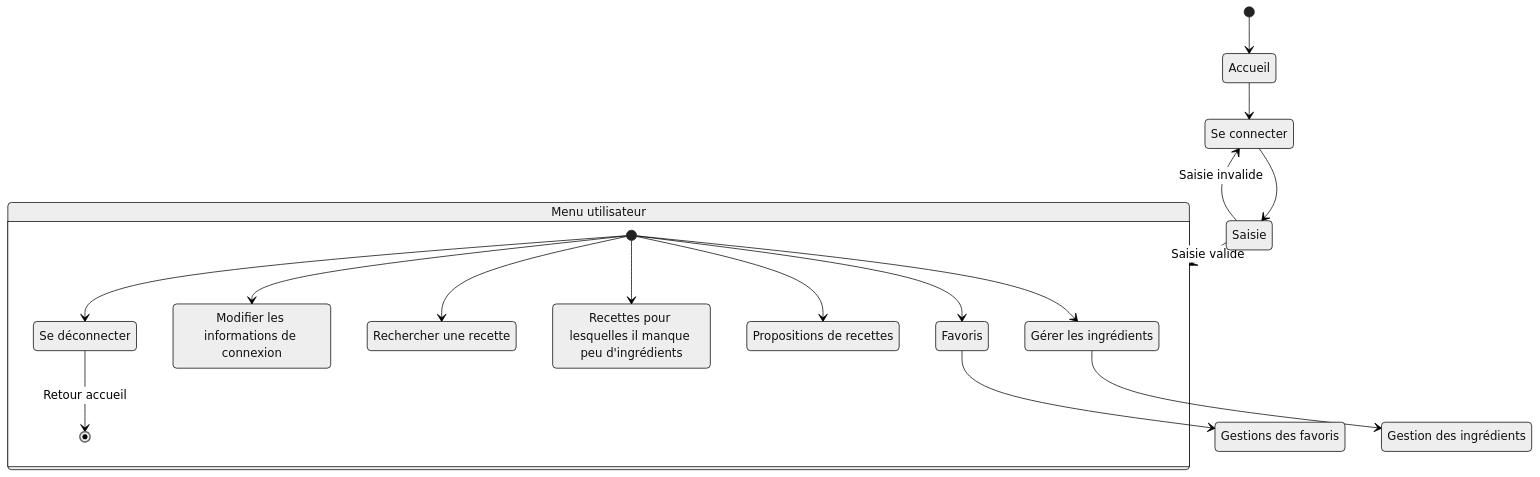
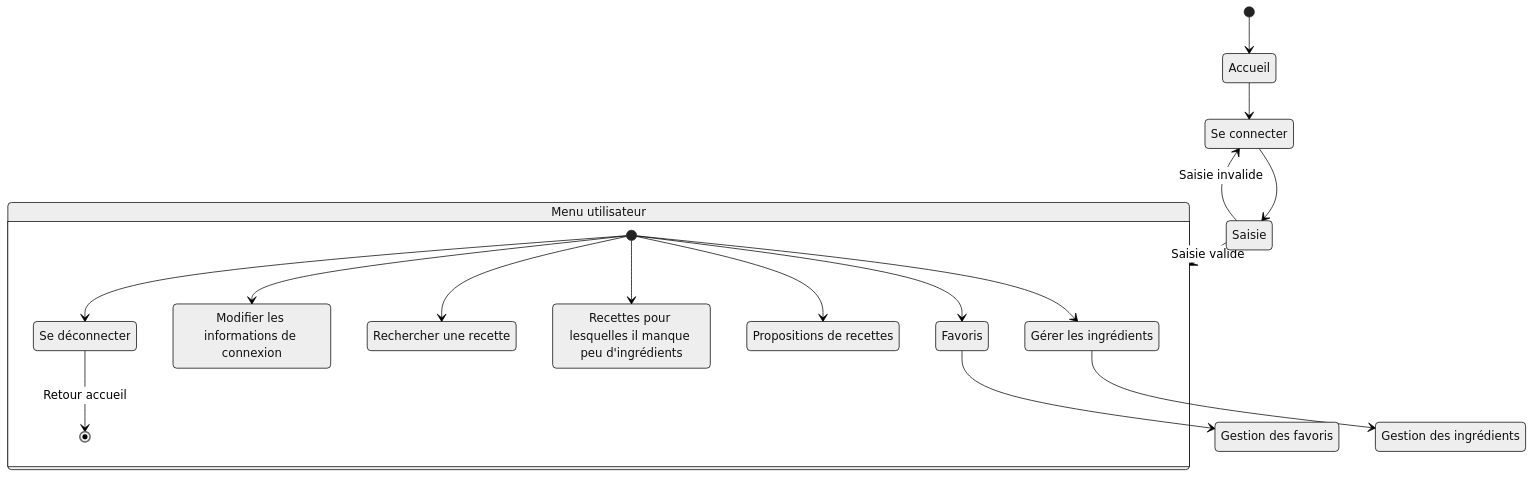
The seventh of 9 diagrams in doc/diag_activites.md (bbrunel/ENSAI-2A-projet-info), drawn with Mermaid (neutral theme) before and after one commit. The commit also changed other lines of this file, not shown here.

Commit message:
faute d'accord gestion diag act

````diff
--- a/doc/diag_activites.md
+++ b/doc/diag_activites.md
@@ -328,41 +328,41 @@
 ```mermaid
 stateDiagram
     login : Se connecter
     menu_utilisateur : Menu utilisateur
     menu_ingr : Gestion des ingrédients
     gerer_ingr : Gérer les ingrédients
     recettes : Propositions de recettes
     rec_ingr_manquant : Recettes pour lesquelles il manque peu d'ingrédients
     logout : Se déconnecter
     Rechercher : Rechercher une recette
     modif_compte : Modifier les informations de connexion
     gerer_fav : Favoris
-    menu_fav : Gestions des favoris
+    menu_fav : Gestion des favoris
     
     
     [*] --> Accueil
 
     Accueil --> login
 
     login --> Saisie
     Saisie --> menu_utilisateur: Saisie valide
     Saisie --> login: Saisie invalide
 
     state menu_utilisateur {
     	[*] --> gerer_ingr
       [*] --> gerer_fav
       [*] --> recettes
       [*] --> rec_ingr_manquant
       [*] --> Rechercher
       [*] --> modif_compte
     	[*] --> logout
       logout --> [*]:Retour accueil
     }
 
     gerer_ingr --> menu_ingr
 
     gerer_fav --> menu_fav
 
 
 
 ```
````
